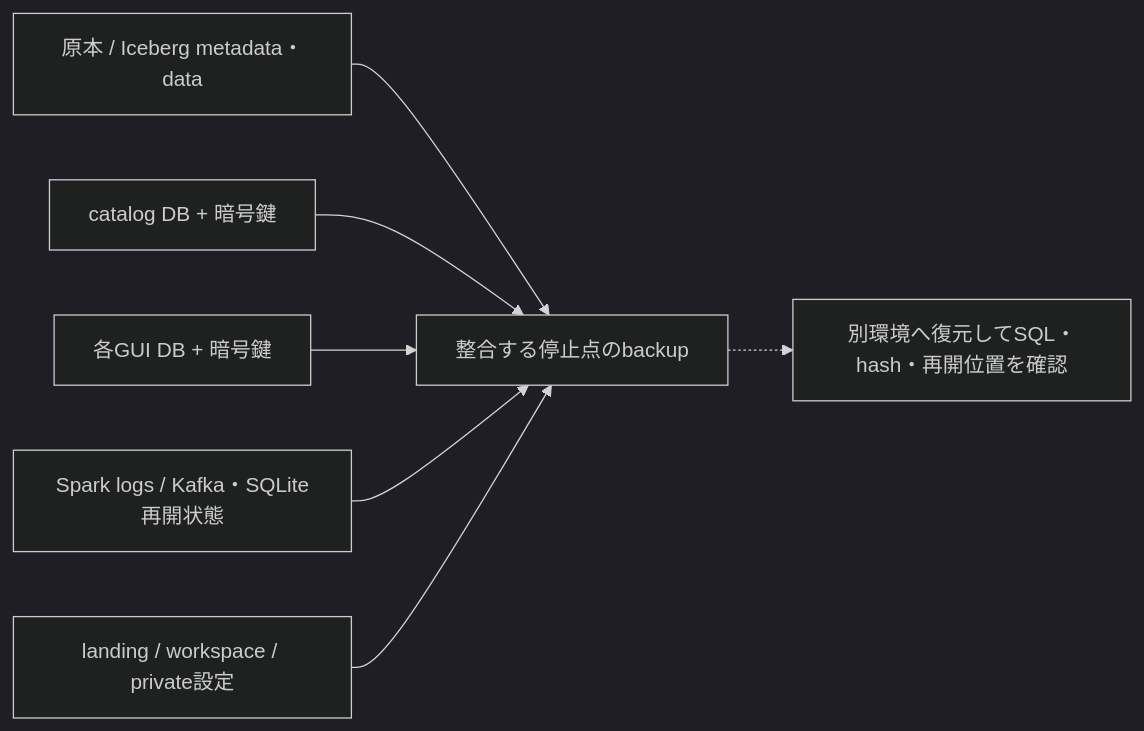
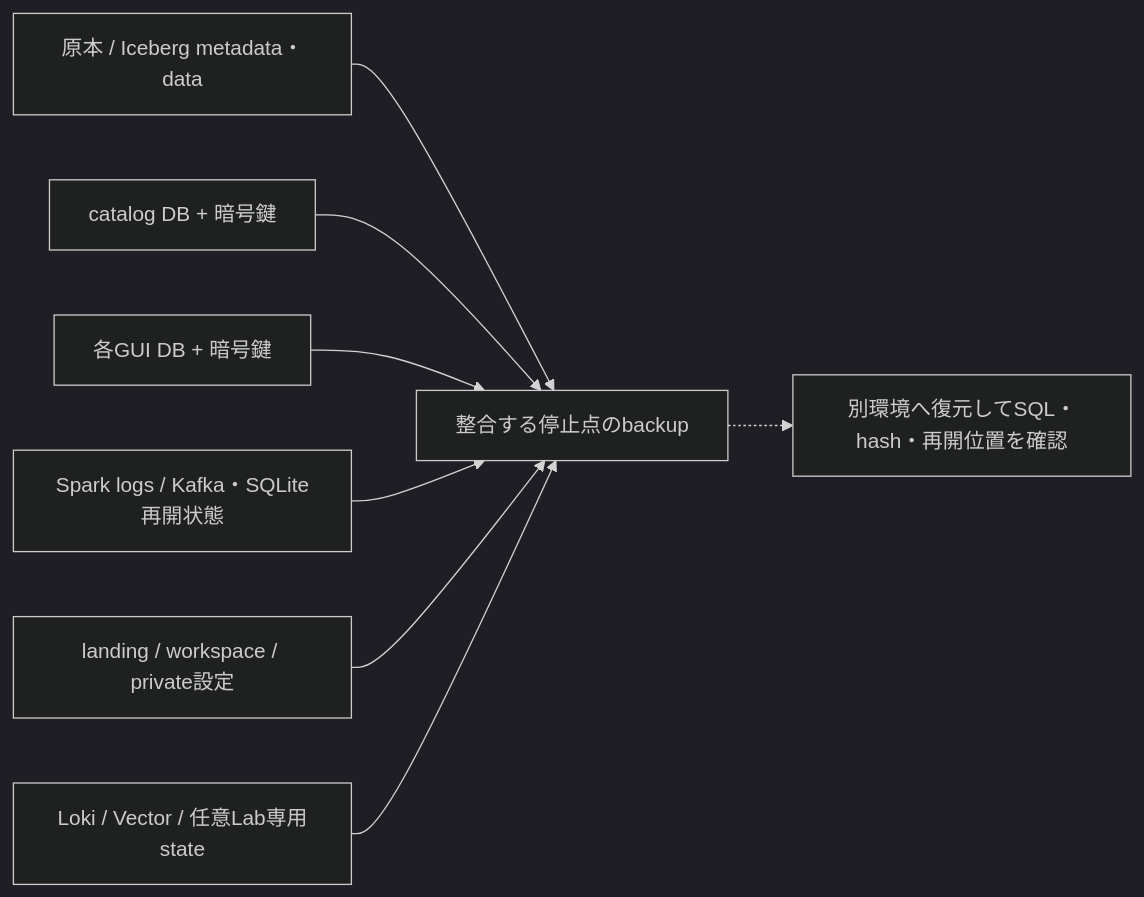
The diagram in docs/reports/mermaid/12-persistence-recovery.mmd (hiromura16/lakehouse-foundation), drawn with Mermaid (dark theme) before and after one commit. The commit also changed 72 other files, not shown here.

```diff
--- a/docs/reports/mermaid/12-persistence-recovery.mmd
+++ b/docs/reports/mermaid/12-persistence-recovery.mmd
@@ -1,7 +1,8 @@
 flowchart LR
   R["原本 / Iceberg metadata・data"] --> B["整合する停止点のbackup"]
   C["catalog DB + 暗号鍵"] --> B
   U["各GUI DB + 暗号鍵"] --> B
   S["Spark logs / Kafka・SQLite再開状態"] --> B
   F["landing / workspace / private設定"] --> B
   B -.-> T["別環境へ復元してSQL・hash・再開位置を確認"]
+  L["Loki / Vector / 任意Lab専用state"] --> B
```
